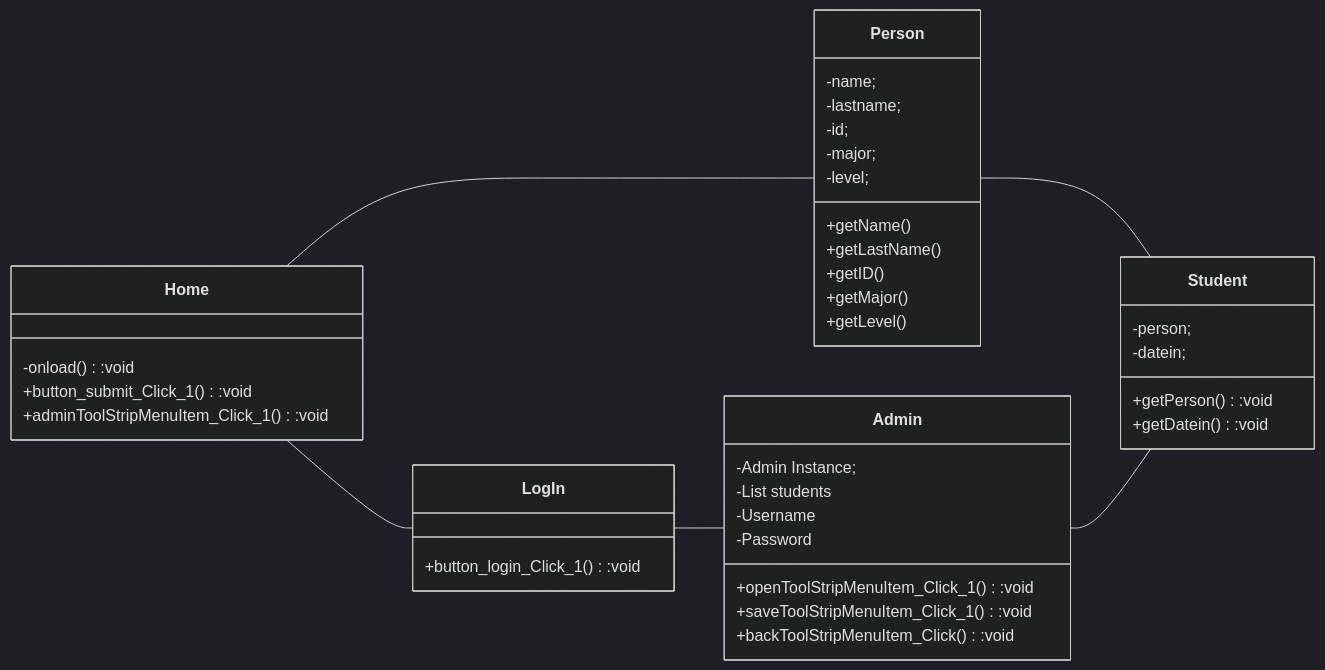
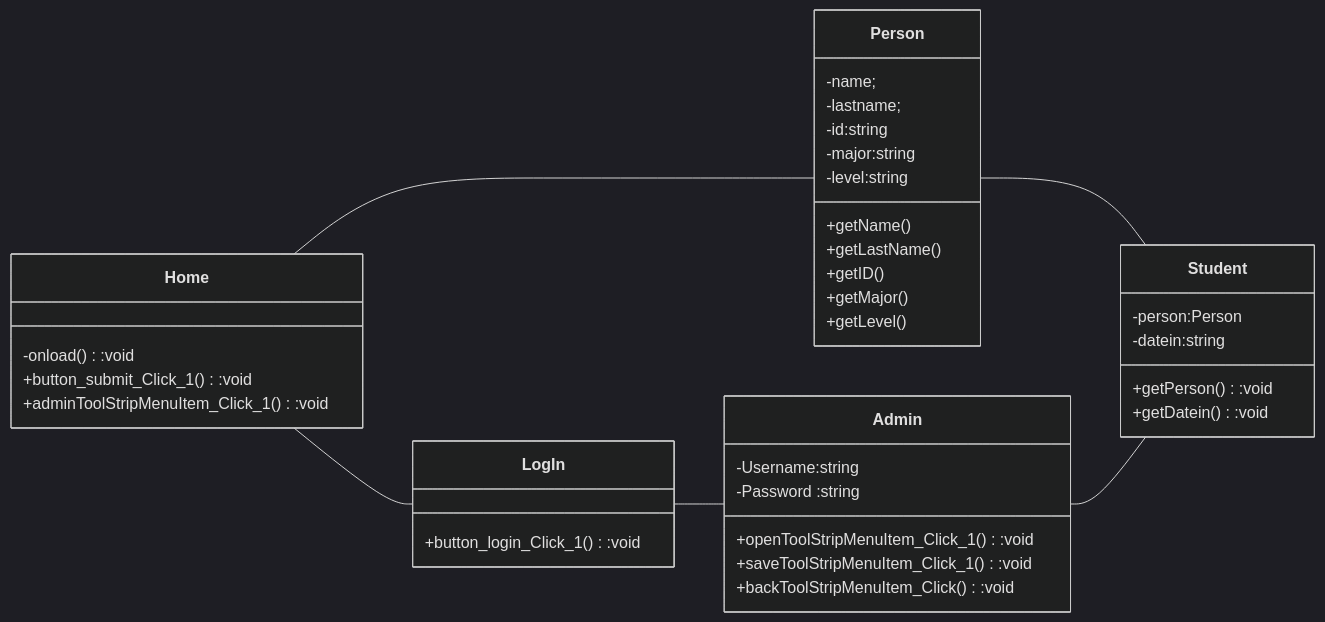
One commit to MDM007MDM/FP changed the diagram in ProjectRoom-main/README.md. Above: the diagram before and after it, drawn with Mermaid (dark theme).

````diff
--- a/ProjectRoom-main/README.md
+++ b/ProjectRoom-main/README.md
@@ -10,45 +10,43 @@
 ```Mermaid
 classDiagram
   direction LR
   class Home{
   -onload():void 
   +button_submit_Click_1():void
   +adminToolStripMenuItem_Click_1():void
 }
   class LogIn{
   +button_login_Click_1():void
   }
   class Admin{
-  -Admin Instance;
-  -List<Students> students 
-  -Username 
-  -Password 
+  -Username:string 
+  -Password :string
   +openToolStripMenuItem_Click_1():void
   +saveToolStripMenuItem_Click_1():void
   +backToolStripMenuItem_Click():void
   }
   class Person{
   -name;
   -lastname;
-  -id;
-  -major;
-  -level;
+  -id:string
+  -major:string
+  -level:string
   +getName()
   +getLastName()
   +getID()
   +getMajor()
   +getLevel()
   }
   class Student{
-  -person;
-  -datein;
+  -person:Person
+  -datein:string
   +getPerson():void
   +getDatein():void
   }
    Home -- LogIn
    Home -- Person 
    Person -- Student
    Log In -- Admin
    Admin -- Student
 
 ```
````
